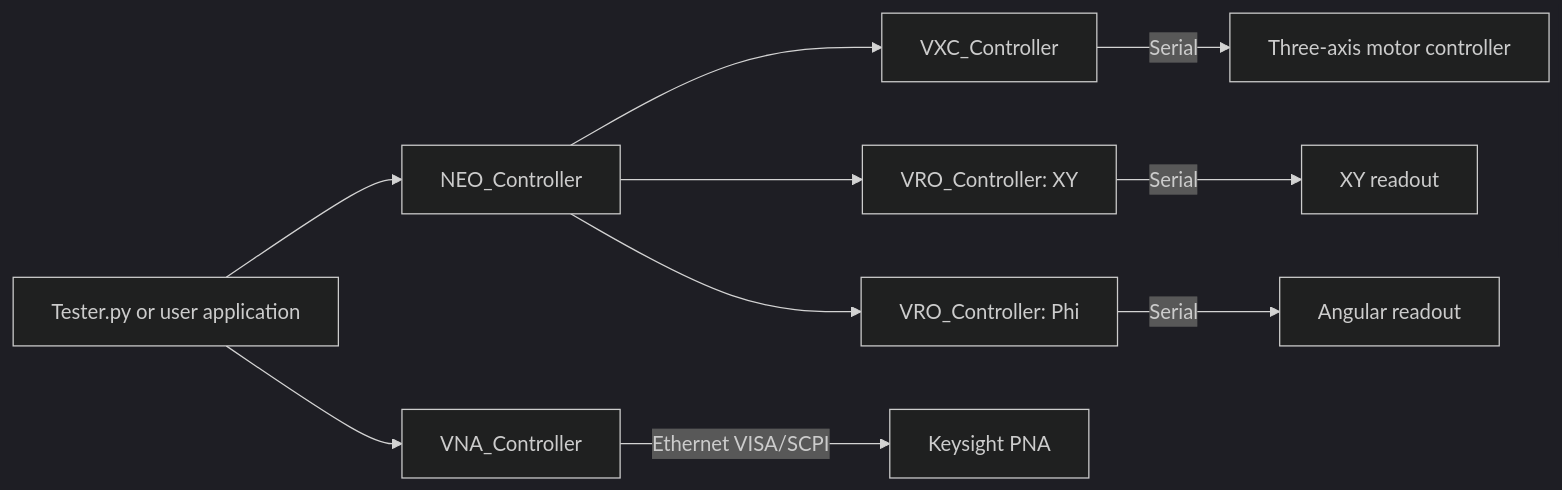
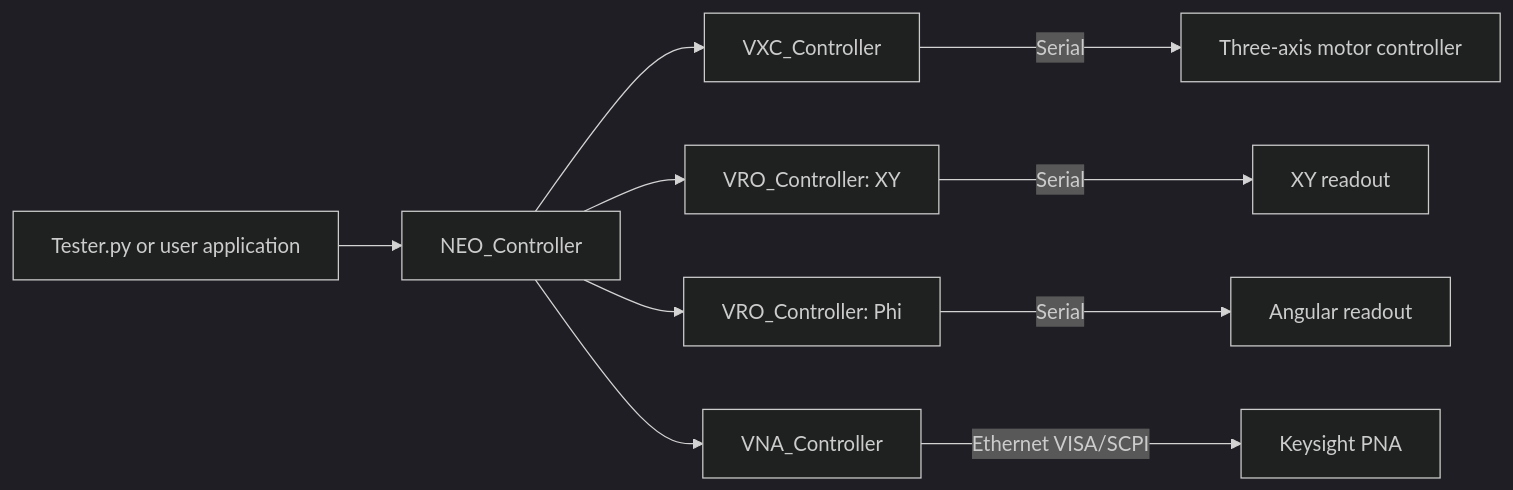
The diagram in documentation/architecture.md (Herramar/NEO---Nearfield-Emission-Observatory), drawn with Mermaid (dark theme) before and after one commit. The commit also changed other lines of this file and 10 other files, not shown here.

Commit message:
Integrate VNA ownership into NEO controller

````diff
--- a/documentation/architecture.md
+++ b/documentation/architecture.md
@@ -9,20 +10,20 @@
 ```mermaid
 flowchart LR
     App[Tester.py or user application]
     NEO[NEO_Controller]
     VXC[VXC_Controller]
     XY[VRO_Controller: XY]
     Phi[VRO_Controller: Phi]
     VNA[VNA_Controller]
     Motors[Three-axis motor controller]
     XYHW[XY readout]
     PhiHW[Angular readout]
     PNA[Keysight PNA]
 
     App --> NEO
-    App --> VNA
     NEO --> VXC -->|Serial| Motors
     NEO --> XY -->|Serial| XYHW
     NEO --> Phi -->|Serial| PhiHW
+    NEO --> VNA
     VNA -->|Ethernet VISA/SCPI| PNA
 ```
````
